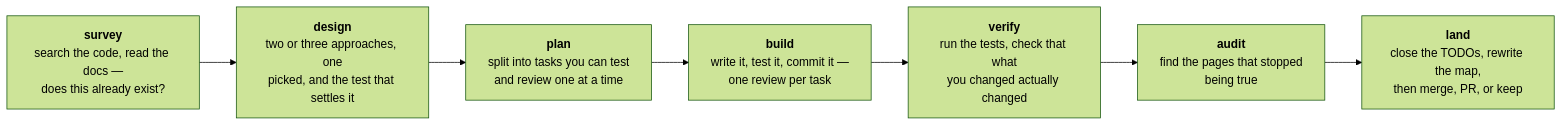
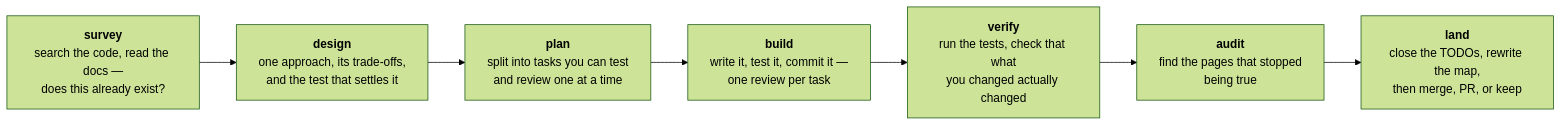
One commit to FanFantom9452/FanKeel changed the first of 2 diagrams in README.md. Above: the diagram before and after it, drawn with Mermaid (forest theme).

Commit message:
docs: the front page's diagram was the fifth place saying two or three
- `README.md`: the pipeline diagram's design node still offered "two or three approaches", against `skills/fankeel-design/SKILL.md`, that file's own line 16, `lib/stages.js:225` and `docs/pipeline.md`'s diagram
- it was outside the reference set handed to the verifiers: the brief named 21 pages where `lib/docs.js` puts 23, omitting the root `README.md` and `TODO.md`, and this is what that omission hid

Claude-Session: https://claude.ai/code/session_014FWSn7UKEULWjY2h33vyoK

````diff
--- a/README.md
+++ b/README.md
@@ -59,12 +59,12 @@
 ```mermaid
 flowchart LR
     S["<b>survey</b><br/>search the code, read the docs —<br/>does this already exist?"]
-    D["<b>design</b><br/>two or three approaches, one<br/>picked, and the test that settles it"]
+    D["<b>design</b><br/>one approach, its trade-offs,<br/>and the test that settles it"]
     P["<b>plan</b><br/>split into tasks you can test<br/>and review one at a time"]
     B["<b>build</b><br/>write it, test it, commit it —<br/>one review per task"]
     V["<b>verify</b><br/>run the tests, check that what<br/>you changed actually changed"]
     A["<b>audit</b><br/>find the pages that stopped<br/>being true"]
     L["<b>land</b><br/>close the TODOs, rewrite the map,<br/>then merge, PR, or keep"]
 
     S --> D --> P --> B --> V --> A --> L
 ```
````
